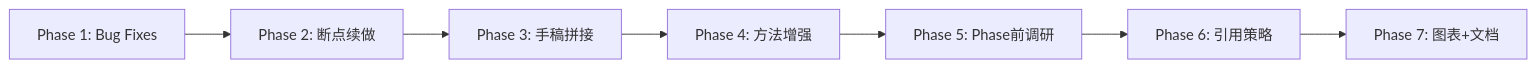
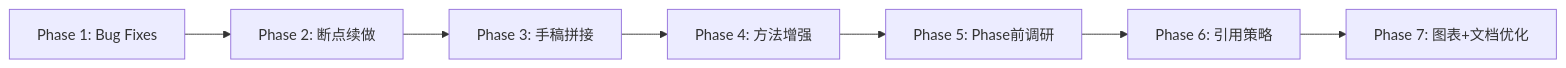
One commit to Side-Peng/clinpub changed the diagram in .planning/ROADMAP.md. Above: the diagram before and after it, drawn with Mermaid. The commit also changed other lines of this file and 2 other files, not shown here.

First line of the commit message:
docs(01): create phase 1 plan (2 plans, wave 1)

````diff
--- a/.planning/ROADMAP.md
+++ b/.planning/ROADMAP.md
@@ -87,9 +92,9 @@
 ```mermaid
 flowchart LR
     P1[Phase 1: Bug Fixes] --> P2[Phase 2: 断点续做]
     P2 --> P3[Phase 3: 手稿拼接]
     P3 --> P4[Phase 4: 方法增强]
     P4 --> P5[Phase 5: Phase前调研]
     P5 --> P6[Phase 6: 引用策略]
-    P6 --> P7[Phase 7: 图表+文档]
+    P6 --> P7[Phase 7: 图表+文档优化]
 ```
````
